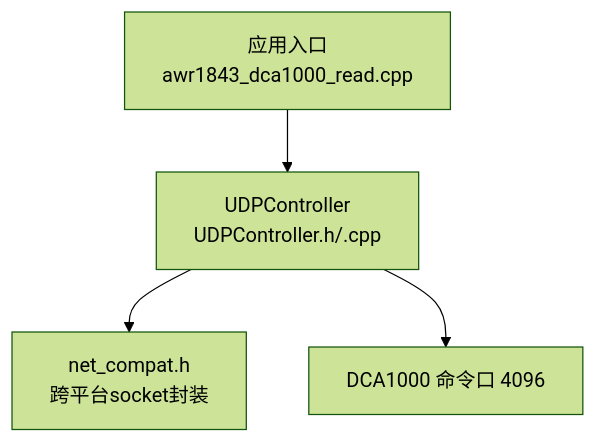
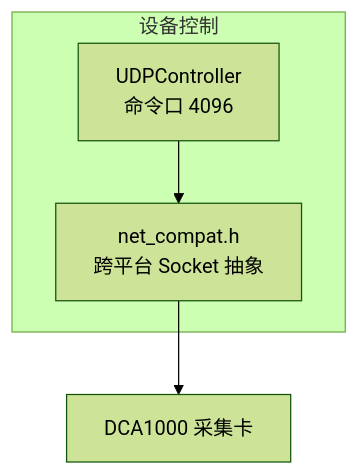
Before and after one commit to Lukad77/awr1843-radar-toolkit: the first of 5 diagrams in .qoder/repowiki/zh/content/雷达与 DCA1000 设备控制/DCA1000 命令控制.md, drawn with Mermaid (forest theme). The commit also changed other lines of this file and 106 other files, not shown here.

````diff
--- a/.qoder/repowiki/zh/content/雷达与 DCA1000 设备控制/DCA1000 命令控制.md
+++ b/.qoder/repowiki/zh/content/雷达与 DCA1000 设备控制/DCA1000 命令控制.md
@@ -30,6 +35,10 @@
 ```mermaid
 graph TB
-A["应用入口<br/>awr1843_dca1000_read.cpp"] --> B["UDPController<br/>UDPController.h/.cpp"]
-B --> C["net_compat.h<br/>跨平台socket封装"]
-B --> D["DCA1000 命令口 4096"]
+subgraph "设备控制"
+UC["UDPController<br/>命令口 4096"]
+NC["net_compat.h<br/>跨平台 Socket 抽象"]
+end
+DCA["DCA1000 采集卡"]
+UC --> NC
+NC --> DCA
 ```
````
